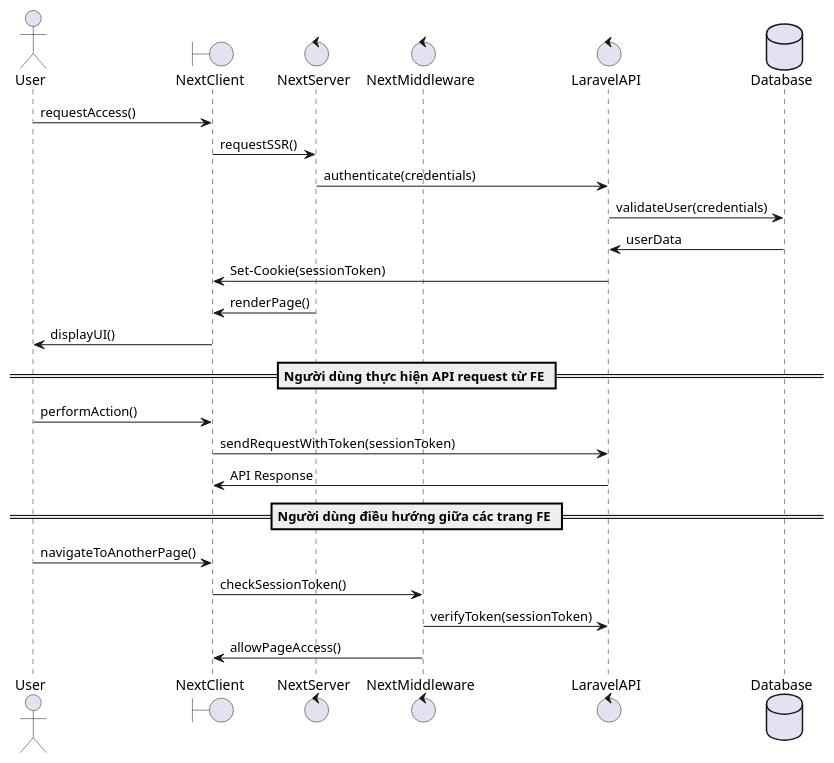
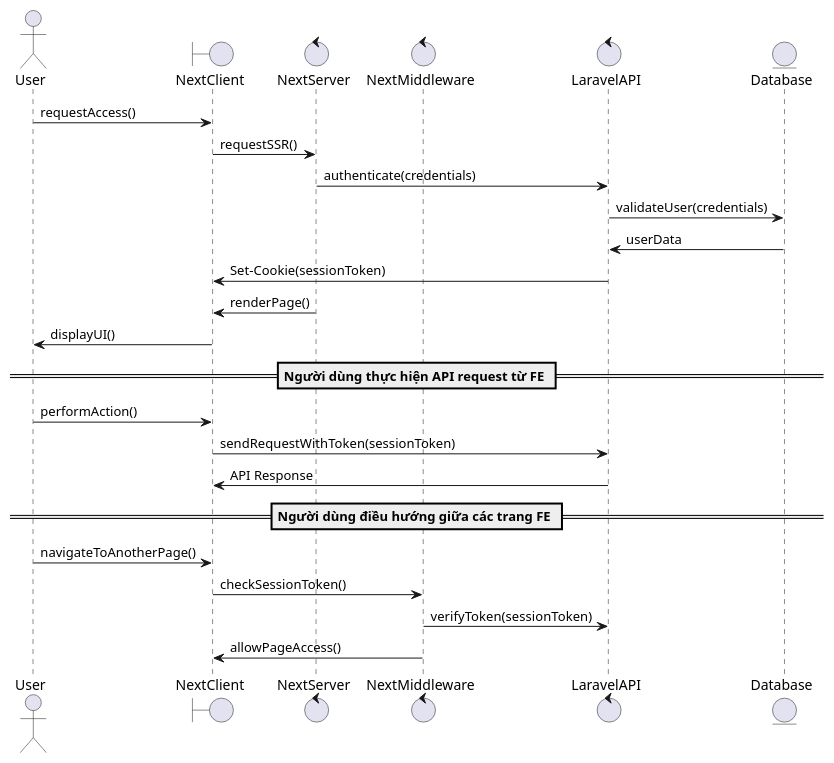
Before and after one commit to nghiathe/code-academy-diagram: the diagram in auth.plantuml, drawn with PlantUML. The commit also changed 4 other files, not shown here.

```diff
--- a/auth.plantuml
+++ b/auth.plantuml
@@ -1,29 +1,29 @@
 @startuml Auth
 actor User
 
 boundary "NextClient" as NextClient
 control "NextServer" as NextServer
 control "NextMiddleware" as NextMiddleware
 control "LaravelAPI" as LaravelAPI
-database "Database" as Database
+entity "Database" as Database
 
 User -> NextClient: requestAccess()
 NextClient -> NextServer: requestSSR()
 NextServer -> LaravelAPI: authenticate(credentials)
 LaravelAPI -> Database: validateUser(credentials)
 Database -> LaravelAPI: userData
 LaravelAPI -> NextClient: Set-Cookie(sessionToken)
 NextServer -> NextClient: renderPage()
 NextClient -> User: displayUI()
 
 == Người dùng thực hiện API request từ FE ==
 User -> NextClient: performAction()
 NextClient -> LaravelAPI: sendRequestWithToken(sessionToken)
 LaravelAPI -> NextClient: API Response
 
 == Người dùng điều hướng giữa các trang FE ==
 User -> NextClient: navigateToAnotherPage()
 NextClient -> NextMiddleware: checkSessionToken()
 NextMiddleware -> LaravelAPI: verifyToken(sessionToken)
 NextMiddleware -> NextClient: allowPageAccess()
 @enduml
```
